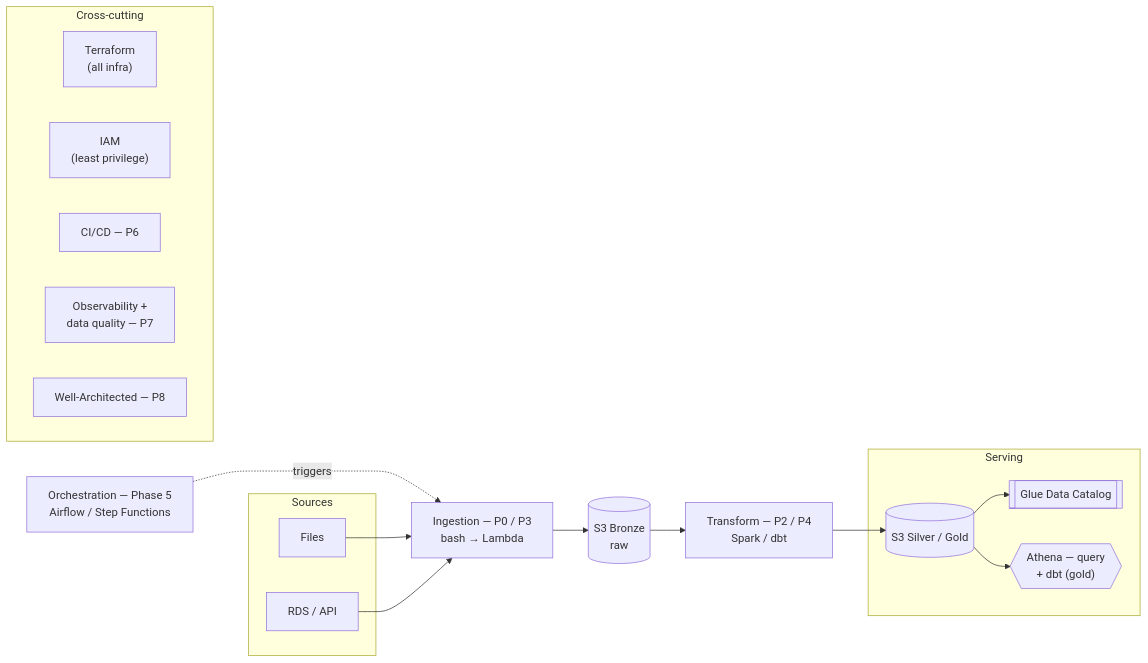
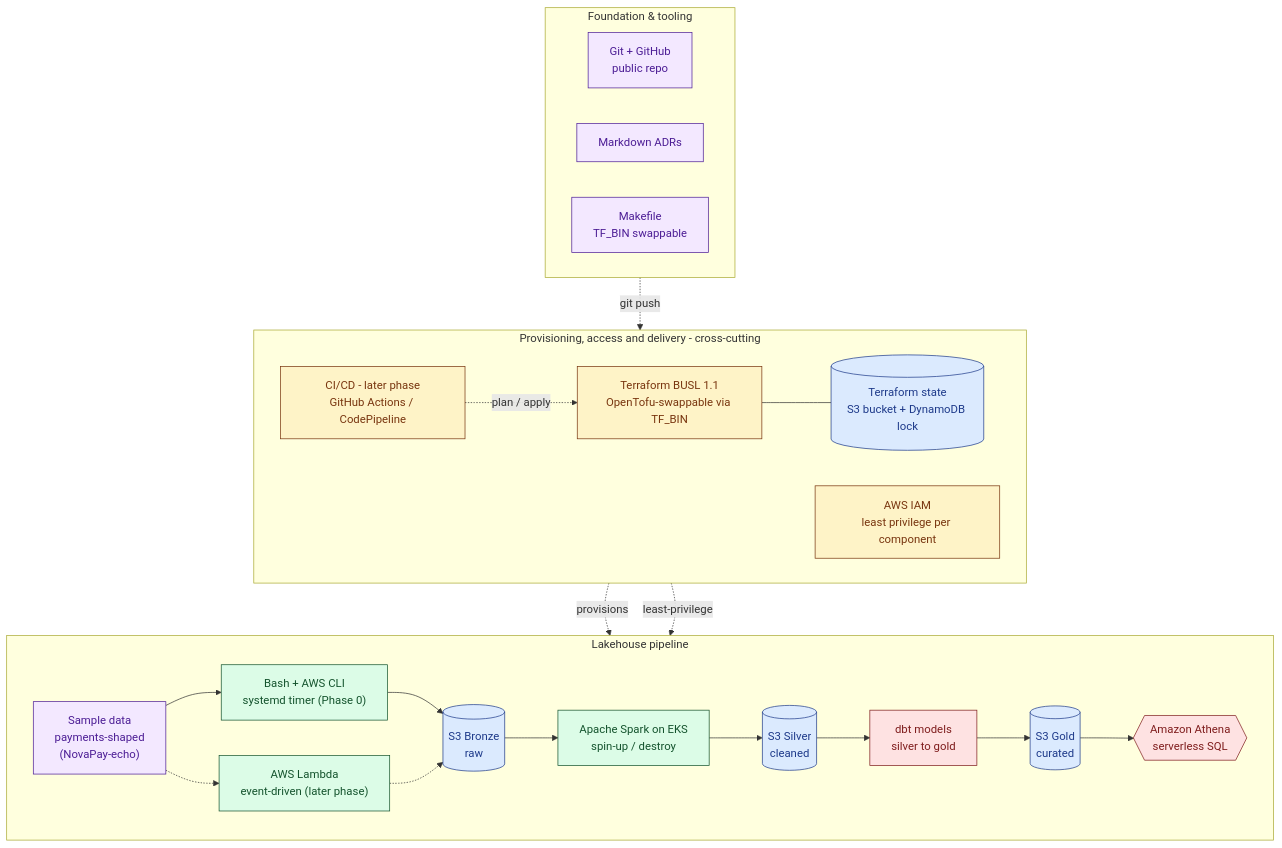
The diagram in README.md (ChiragVenkateshaiah/cerberus-platform), drawn with Mermaid before and after one commit. The commit also changed other lines of this file and 2 other files, not shown here.

Commit message:
Redesign architecture diagram with full stack detail
Replace the flat diagram with one grouped by function (foundation,
pipeline, provisioning/access/delivery), color-coded by category, and
covering the complete stack: Terraform (BUSL 1.1, OpenTofu-swappable
via TF_BIN), S3 medallion + DynamoDB state lock, bash/systemd and
Lambda ingestion, Spark on EKS, dbt + Athena serving, IAM, CI/CD, and
repo tooling. Add a stack reference table to architecture.md and wire
TF_BIN into the Makefile so the diagram's claim is actually true.

````diff
--- a/README.md
+++ b/README.md
@@ -16,39 +16,53 @@
 ```mermaid
-flowchart LR
-    ORCH["Orchestration — Phase 5<br/>Airflow / Step Functions"]
-
-    subgraph SRC["Sources"]
-        F["Files"]
-        A["RDS / API"]
+flowchart TB
+    subgraph FOUND["Foundation & tooling"]
+        direction LR
+        GIT["Git + GitHub<br/>public repo"]
+        ADR["Markdown ADRs"]
+        MK["Makefile<br/>TF_BIN swappable"]
     end
 
-    ORCH ~~~ SRC
+    subgraph PIPE["Lakehouse pipeline"]
+        direction LR
+        SAMPLE["Sample data<br/>payments-shaped<br/>(NovaPay-echo)"]
+        ING1["Bash + AWS CLI<br/>systemd timer (Phase 0)"]
+        ING2["AWS Lambda<br/>event-driven (later phase)"]
+        BRZ[("S3 Bronze<br/>raw")]
+        SPARK["Apache Spark on EKS<br/>spin-up / destroy"]
+        SLV[("S3 Silver<br/>cleaned")]
+        DBT["dbt models<br/>silver to gold"]
+        GLD[("S3 Gold<br/>curated")]
+        ATH{{"Amazon Athena<br/>serverless SQL"}}
 
-    ING["Ingestion — P0 / P3<br/>bash → Lambda"]
-    BRZ[("S3 Bronze<br/>raw")]
-    TRN["Transform — P2 / P4<br/>Spark / dbt"]
-
-    subgraph SERVE["Serving"]
-        SG[("S3 Silver / Gold")]
-        CAT[["Glue Data Catalog"]]
-        ATH{{"Athena — query<br/>+ dbt (gold)"}}
+        SAMPLE --> ING1 --> BRZ
+        SAMPLE -.-> ING2 -.-> BRZ
+        BRZ --> SPARK --> SLV --> DBT --> GLD --> ATH
     end
 
-    ORCH -. triggers .-> ING
-    F --> ING
-    A --> ING
-    ING --> BRZ
-    BRZ --> TRN
-    TRN --> SG
-    SG --> CAT
-    SG --> ATH
+    subgraph GOV["Provisioning, access and delivery - cross-cutting"]
+        direction LR
+        TF["Terraform BUSL 1.1<br/>OpenTofu-swappable via TF_BIN"]
+        TFSTATE[("Terraform state<br/>S3 bucket + DynamoDB lock")]
+        IAM["AWS IAM<br/>least privilege per component"]
+        CICD["CI/CD - later phase<br/>GitHub Actions / CodePipeline"]
+        TF --- TFSTATE
+        CICD -. plan / apply .-> TF
+    end
 
-    subgraph XCUT["Cross-cutting"]
-        direction LR
-        TF["Terraform<br/>(all infra)"]
-        IAM["IAM<br/>(least privilege)"]
-        CICD["CI/CD — P6"]
-        OBS["Observability +<br/>data quality — P7"]
-        WA["Well-Architected — P8"]
-    end
+    GIT -. git push .-> CICD
+    TF -. provisions .-> PIPE
+    IAM -. least-privilege .-> PIPE
+
+    classDef storage fill:#dbeafe,stroke:#1e3a8a,color:#1e3a8a
+    classDef compute fill:#dcfce7,stroke:#14532d,color:#14532d
+    classDef provisioning fill:#fef3c7,stroke:#78350f,color:#78350f
+    classDef tooling fill:#f3e8ff,stroke:#4c1d95,color:#4c1d95
+    classDef query fill:#fee2e2,stroke:#7f1d1d,color:#7f1d1d
+
+    class BRZ,SLV,GLD,TFSTATE storage
+    class SPARK,ING1,ING2 compute
+    class TF,IAM,CICD provisioning
+    class GIT,ADR,MK tooling
+    class DBT,ATH query
+    class SAMPLE tooling
 ```
````
